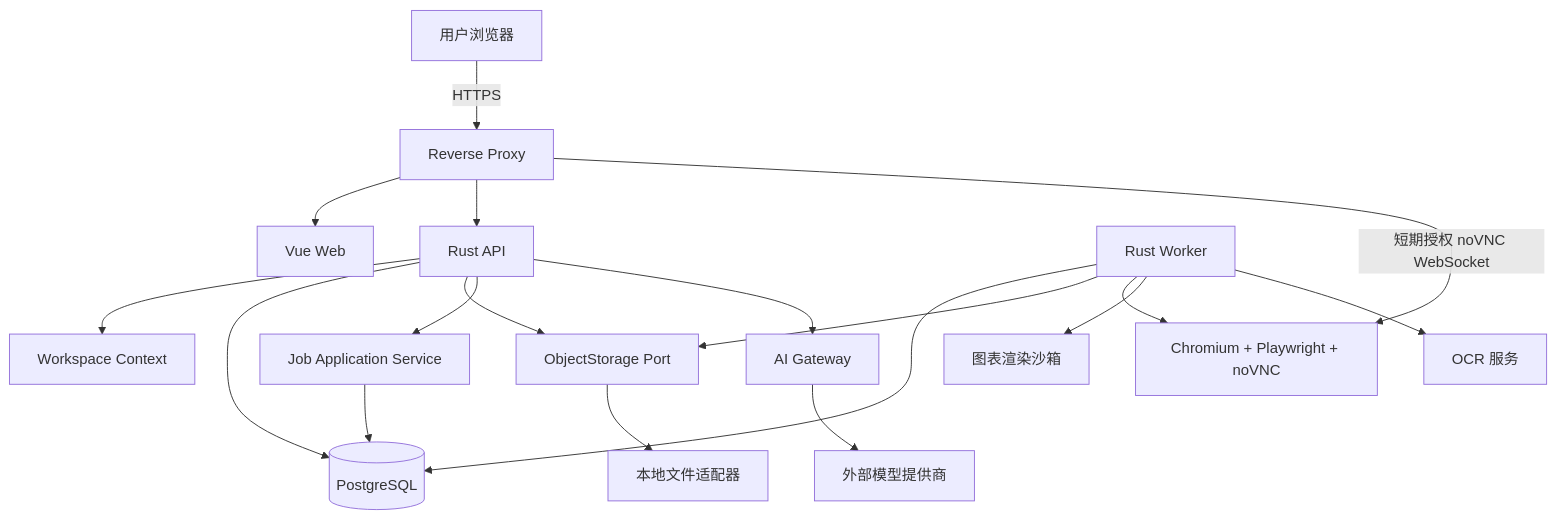
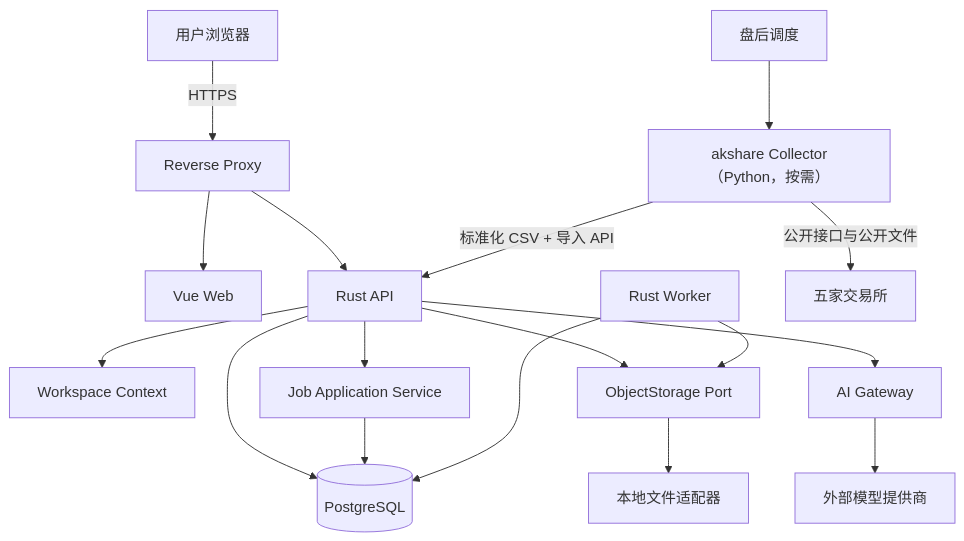
The first of 3 diagrams in docs/ARCHITECTURE.md (junjuntian/Futures-analysis-website), drawn with Mermaid before and after one commit. The commit also changed other lines of this file and 17 other files, not shown here.

````diff
--- a/docs/ARCHITECTURE.md
+++ b/docs/ARCHITECTURE.md
@@ -18,20 +19,19 @@
 ```mermaid
 flowchart TB
     U["用户浏览器"] -->|HTTPS| RP["Reverse Proxy"]
     RP --> FE["Vue Web"]
     RP --> API["Rust API"]
-    RP -->|短期授权 noVNC WebSocket| BC
     API --> WC["Workspace Context"]
     API --> DB[("PostgreSQL")]
     API --> FS["ObjectStorage Port"]
     API --> JQ["Job Application Service"]
     JQ --> DB
     WK["Rust Worker"] --> DB
     WK --> FS
-    WK --> BC["Chromium + Playwright + noVNC"]
-    WK --> CR["图表渲染沙箱"]
-    WK --> OCR["OCR 服务"]
+    SCH["盘后调度"] --> COL["akshare Collector（Python，按需）"]
+    COL -->|公开接口与公开文件| EX["五家交易所"]
+    COL -->|标准化 CSV + 导入 API| API
     API --> AIG["AI Gateway"]
     AIG --> LLM["外部模型提供商"]
     FS --> LOCAL["本地文件适配器"]
 ```
````
